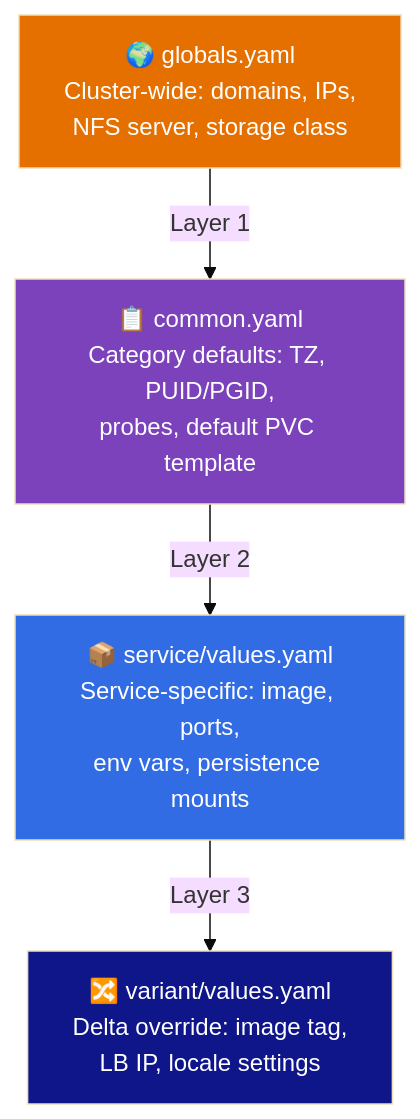
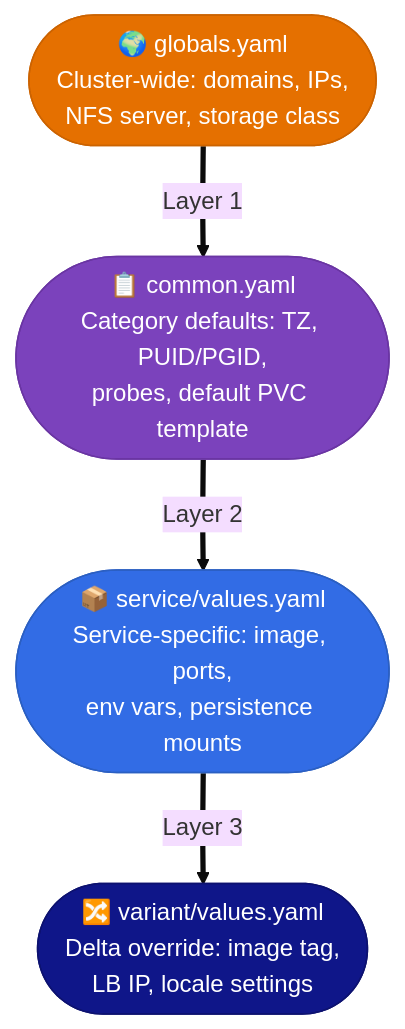
One commit to Starktastic-Homelab/apps changed the second of 5 diagrams in README.md. Above: the diagram before and after it, drawn with Mermaid (base theme). The commit also changed other lines of this file, not shown here.

Commit message:
docs: prettify Mermaid diagrams with semantic shapes and visual hierarchy

````diff
--- a/README.md
+++ b/README.md
@@ -104,16 +109,20 @@
 ```mermaid
 flowchart TB
-    G["🌍 globals.yaml\nCluster-wide: domains, IPs,\nNFS server, storage class"]
-    C["📋 common.yaml\nCategory defaults: TZ, PUID/PGID,\nprobes, default PVC template"]
-    S["📦 service/values.yaml\nService-specific: image, ports,\nenv vars, persistence mounts"]
-    V["🔀 variant/values.yaml\nDelta override: image tag,\nLB IP, locale settings"]
+    G(["🌍 globals.yaml\nCluster-wide: domains, IPs,\nNFS server, storage class"])
+    C(["📋 common.yaml\nCategory defaults: TZ, PUID/PGID,\nprobes, default PVC template"])
+    S(["📦 service/values.yaml\nService-specific: image, ports,\nenv vars, persistence mounts"])
+    V(["🔀 variant/values.yaml\nDelta override: image tag,\nLB IP, locale settings"])
 
-    G -->|"Layer 1"| C
-    C -->|"Layer 2"| S
-    S -->|"Layer 3"| V
+    G ==>|"Layer 1"| C
+    C ==>|"Layer 2"| S
+    S ==>|"Layer 3"| V
 
-    style G fill:#E57000,color:#fff
-    style C fill:#7B42BC,color:#fff
-    style S fill:#326CE5,color:#fff
-    style V fill:#0F1689,color:#fff
+    classDef globals fill:#E57000,stroke:#CC6300,color:#fff
+    classDef common fill:#7B42BC,stroke:#6A35A3,color:#fff
+    classDef service fill:#326CE5,stroke:#2B5FC2,color:#fff
+    classDef variant fill:#0F1689,stroke:#0D1270,color:#fff
+    class G globals
+    class C common
+    class S service
+    class V variant
 ```
````
